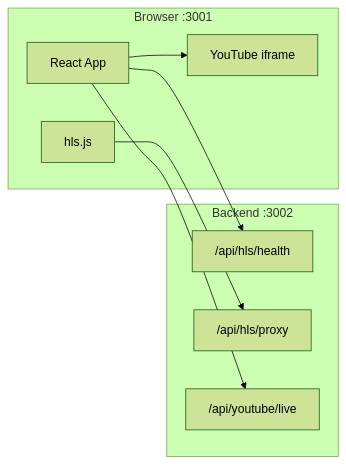
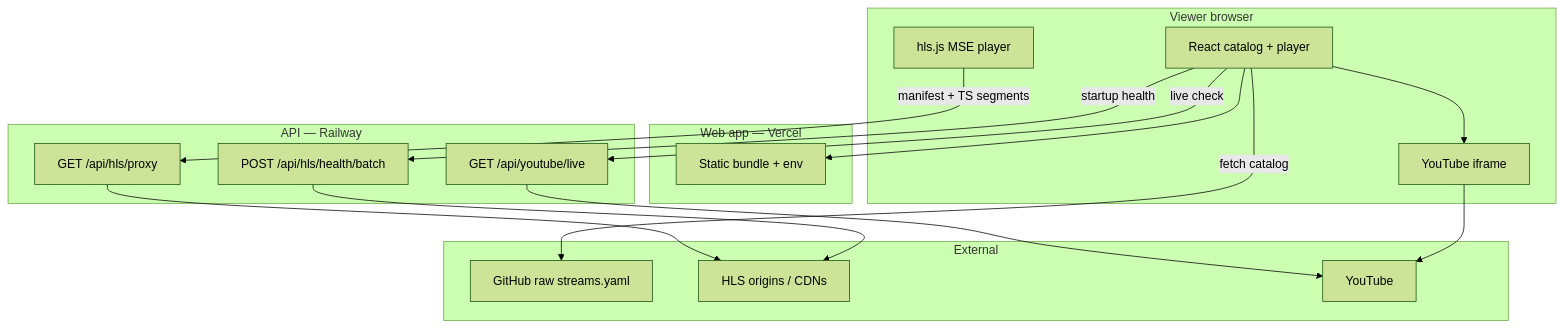
Before and after one commit to tejasvi-mehra/live-stream-aggregator: the first of 3 diagrams in README.md, drawn with Mermaid (forest theme). The commit also changed other lines of this file and 2 other files, not shown here.

First line of the commit message:
docs: add system design, live URLs, and catalog reference

````diff
--- a/README.md
+++ b/README.md
@@ -226,17 +32,35 @@
 ```mermaid
-flowchart LR
-  subgraph browser [Browser :3001]
-    App[React App]
-    HlsJs[hls.js]
+flowchart TB
+  subgraph user [Viewer browser]
+    UI[React catalog + player]
+    HlsJs[hls.js MSE player]
     YTIframe[YouTube iframe]
   end
-  subgraph backend [Backend :3002]
-    Health["/api/hls/health"]
-    Proxy["/api/hls/proxy"]
-    YTLive["/api/youtube/live"]
+
+  subgraph vercel [Web app — Vercel]
+    Static[Static bundle + env]
   end
-  App --> Health
-  App --> YTLive
-  HlsJs --> Proxy
-  App --> YTIframe
+
+  subgraph railway [API — Railway]
+    Health["POST /api/hls/health/batch"]
+    Proxy["GET /api/hls/proxy"]
+    YTLive["GET /api/youtube/live"]
+  end
+
+  subgraph external [External]
+    GitHubYAML["GitHub raw streams.yaml"]
+    HLSOrigins[HLS origins / CDNs]
+    YouTube[YouTube]
+  end
+
+  UI --> Static
+  UI -->|fetch catalog| GitHubYAML
+  UI -->|startup health| Health
+  UI -->|live check| YTLive
+  HlsJs -->|manifest + TS segments| Proxy
+  Proxy --> HLSOrigins
+  Health --> HLSOrigins
+  YTLive --> YouTube
+  UI --> YTIframe
+  YTIframe --> YouTube
 ```
````
